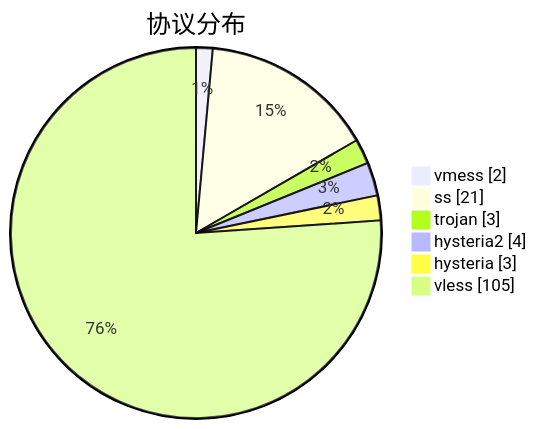
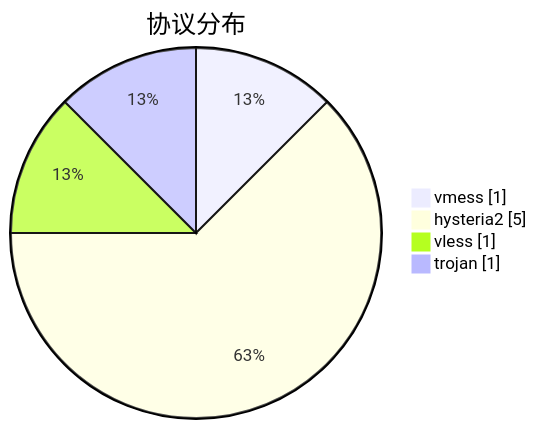
The third of 3 diagrams in subs/statistics/tested_within.md (sinspired/airport), drawn with Mermaid before and after one commit. The commit also changed other lines of this file and 2 other files, not shown here.

````diff
--- a/subs/statistics/tested_within.md
+++ b/subs/statistics/tested_within.md
@@ -32,10 +18,8 @@
 ```mermaid
 pie showData
 title 协议分布
-"vmess" : 2
-"ss" : 21
-"trojan" : 3
-"hysteria2" : 4
-"hysteria" : 3
-"vless" : 105
+"vmess" : 1
+"hysteria2" : 5
+"vless" : 1
+"trojan" : 1
 ```
````
